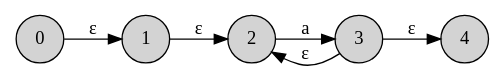
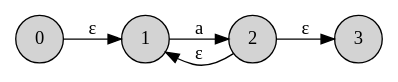
Before and after one commit to illusory0x0/containers.mbt: the diagram in automaton/__snapshot__/nfa_trans_repeat.dot, drawn with Graphviz. The commit also changed 15 other files, not shown here.

```diff
--- a/automaton/__snapshot__/nfa_trans_repeat.dot
+++ b/automaton/__snapshot__/nfa_trans_repeat.dot
@@ -1,15 +1,13 @@
 
 digraph {
 rankdir=LR;
 node [shape = circle; style = filled;];
 0->1[label="ε"];
-1->2[label="ε"];
-2->3[label="a"];
-3->2[label="ε"];
-3->4[label="ε"];
+1->2[label="a"];
+2->1[label="ε"];
+2->3[label="ε"];
 0 [label="0";]
 1 [label="1";]
 2 [label="2";]
 3 [label="3";]
-4 [label="4";]
 }
```
